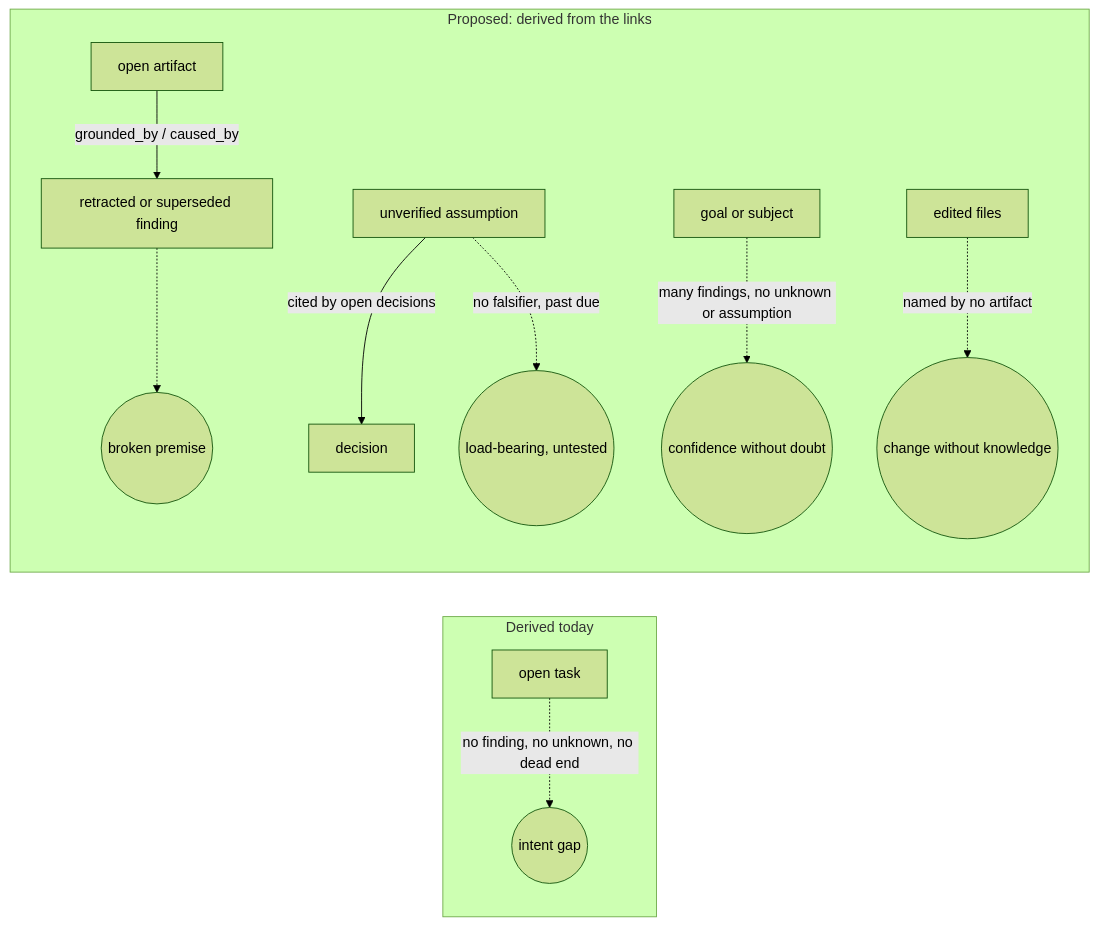
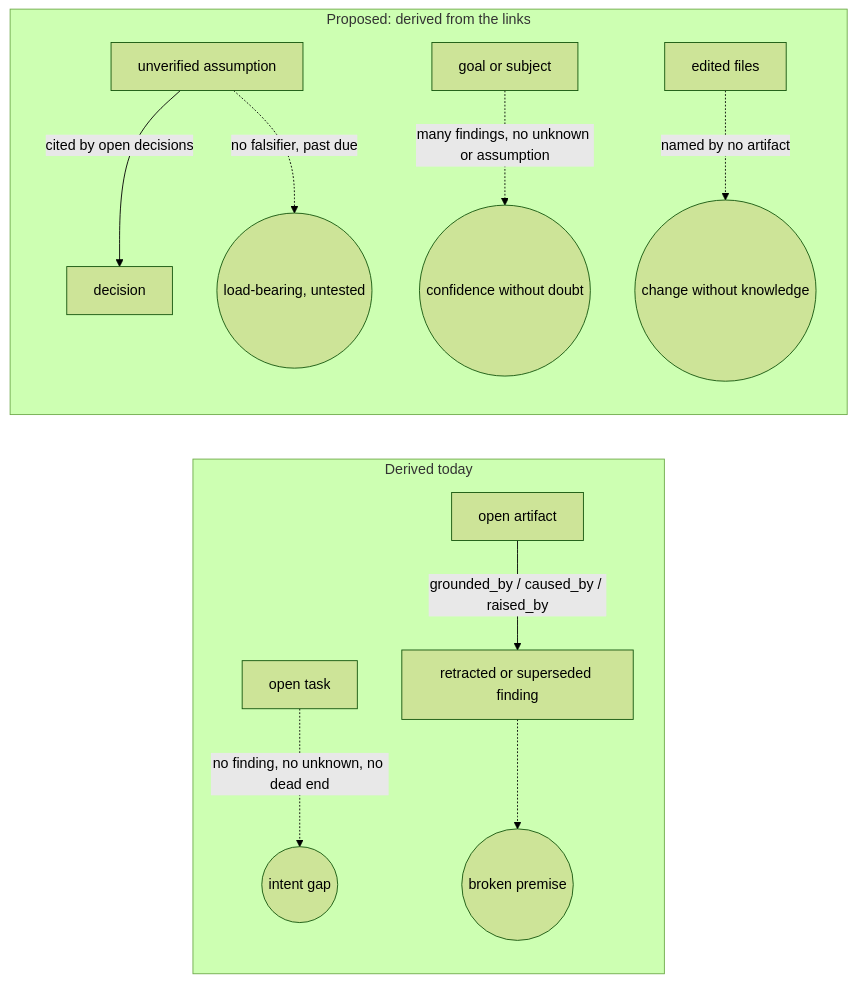
One commit to EmpiricaAI/empirica changed the eighth of 10 diagrams in docs/reference/ARTIFACT_GRAPH.md. Above: the diagram before and after it, drawn with Mermaid (forest theme). The commit also changed other lines of this file and 4 other files, not shown here.

````diff
--- a/docs/reference/ARTIFACT_GRAPH.md
+++ b/docs/reference/ARTIFACT_GRAPH.md
@@ -188,14 +188,14 @@
 ```mermaid
 flowchart LR
     subgraph today["Derived today"]
         T[open task] -.->|no finding, no unknown, no dead end| IG((intent gap))
+        O[open artifact] -->|grounded_by / caused_by / raised_by| R[retracted or superseded finding]
+        R -.-> BP((broken premise))
     end
     subgraph proposed["Proposed: derived from the links"]
-        O[open artifact] -->|grounded_by / caused_by| R[retracted or superseded finding]
-        R -.-> BP((broken premise))
         A[unverified assumption] -->|cited by open decisions| D[decision]
         A -.->|no falsifier, past due| LU((load-bearing, untested))
         G[goal or subject] -.->|many findings, no unknown or assumption| CD((confidence without doubt))
         E[edited files] -.->|named by no artifact| CK((change without knowledge))
     end
 ```
````
